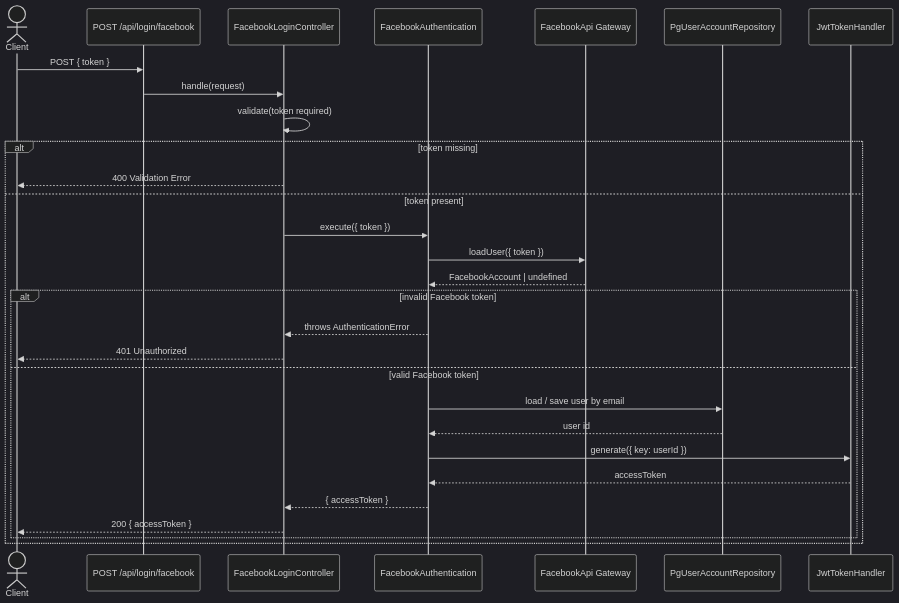
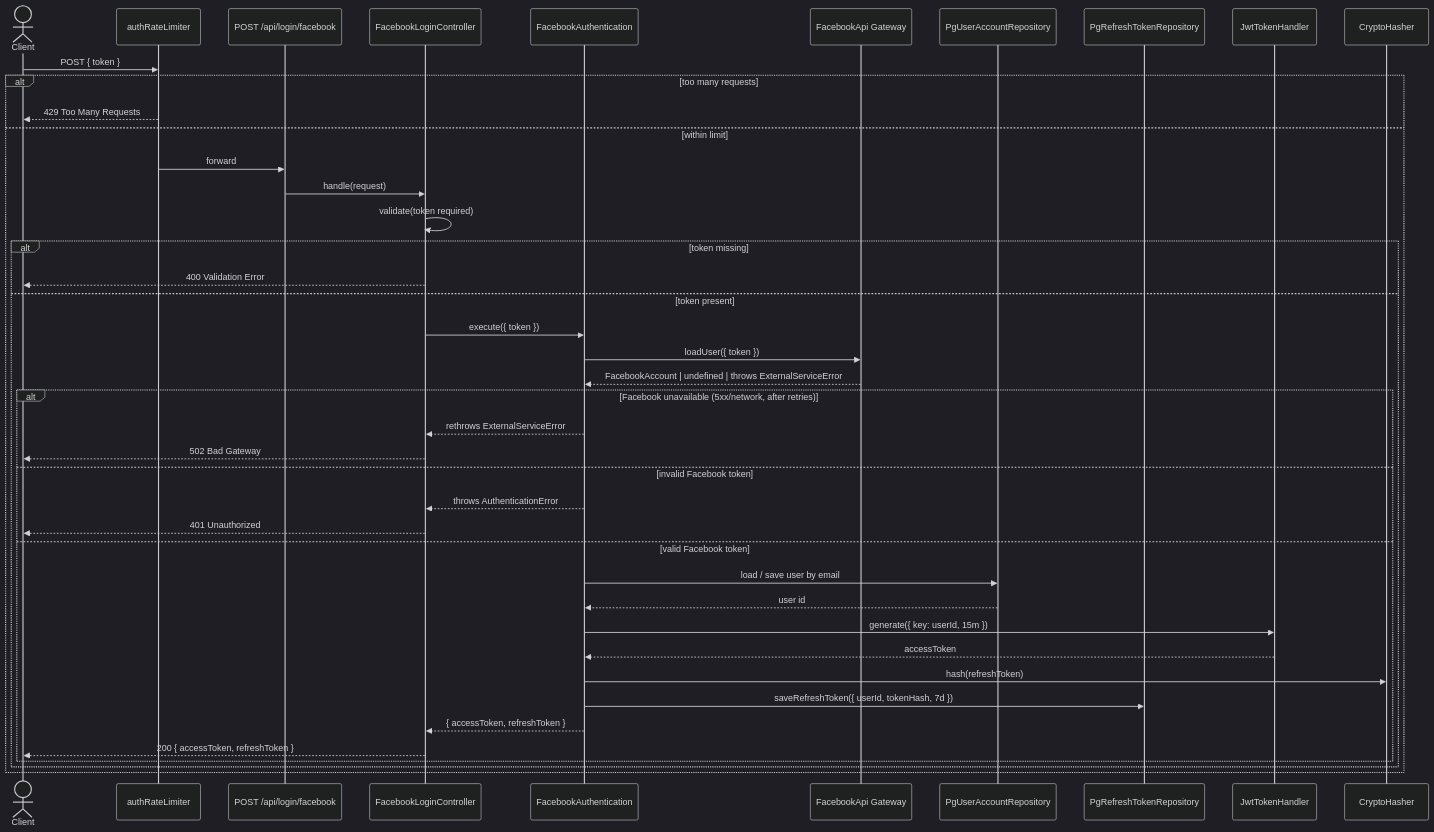
One commit to luizcurti/authkit-clean-arch changed the diagram in docs/mmd/request-flow-facebook-login.mmd. Above: the diagram before and after it, drawn with Mermaid (dark theme). The commit also changed 103 other files, not shown here.

```diff
--- a/docs/mmd/request-flow-facebook-login.mmd
+++ b/docs/mmd/request-flow-facebook-login.mmd
@@ -1,30 +1,43 @@
 sequenceDiagram
     actor Client
+    participant Limiter as authRateLimiter
     participant Route as POST /api/login/facebook
     participant Controller as FacebookLoginController
     participant UseCase as FacebookAuthentication
     participant FbGateway as FacebookApi Gateway
     participant Repo as PgUserAccountRepository
+    participant RtRepo as PgRefreshTokenRepository
     participant Jwt as JwtTokenHandler
+    participant Hasher as CryptoHasher
 
-    Client->>Route: POST { token }
-    Route->>Controller: handle(request)
-    Controller->>Controller: validate(token required)
-    alt token missing
-        Controller-->>Client: 400 Validation Error
-    else token present
-        Controller->>UseCase: execute({ token })
-        UseCase->>FbGateway: loadUser({ token })
-        FbGateway-->>UseCase: FacebookAccount | undefined
-        alt invalid Facebook token
-            UseCase-->>Controller: throws AuthenticationError
-            Controller-->>Client: 401 Unauthorized
-        else valid Facebook token
-            UseCase->>Repo: load / save user by email
-            Repo-->>UseCase: user id
-            UseCase->>Jwt: generate({ key: userId })
-            Jwt-->>UseCase: accessToken
-            UseCase-->>Controller: { accessToken }
-            Controller-->>Client: 200 { accessToken }
+    Client->>Limiter: POST { token }
+    alt too many requests
+        Limiter-->>Client: 429 Too Many Requests
+    else within limit
+        Limiter->>Route: forward
+        Route->>Controller: handle(request)
+        Controller->>Controller: validate(token required)
+        alt token missing
+            Controller-->>Client: 400 Validation Error
+        else token present
+            Controller->>UseCase: execute({ token })
+            UseCase->>FbGateway: loadUser({ token })
+            FbGateway-->>UseCase: FacebookAccount | undefined | throws ExternalServiceError
+            alt Facebook unavailable (5xx/network, after retries)
+                UseCase-->>Controller: rethrows ExternalServiceError
+                Controller-->>Client: 502 Bad Gateway
+            else invalid Facebook token
+                UseCase-->>Controller: throws AuthenticationError
+                Controller-->>Client: 401 Unauthorized
+            else valid Facebook token
+                UseCase->>Repo: load / save user by email
+                Repo-->>UseCase: user id
+                UseCase->>Jwt: generate({ key: userId, 15m })
+                Jwt-->>UseCase: accessToken
+                UseCase->>Hasher: hash(refreshToken)
+                UseCase->>RtRepo: saveRefreshToken({ userId, tokenHash, 7d })
+                UseCase-->>Controller: { accessToken, refreshToken }
+                Controller-->>Client: 200 { accessToken, refreshToken }
+            end
         end
     end
```
